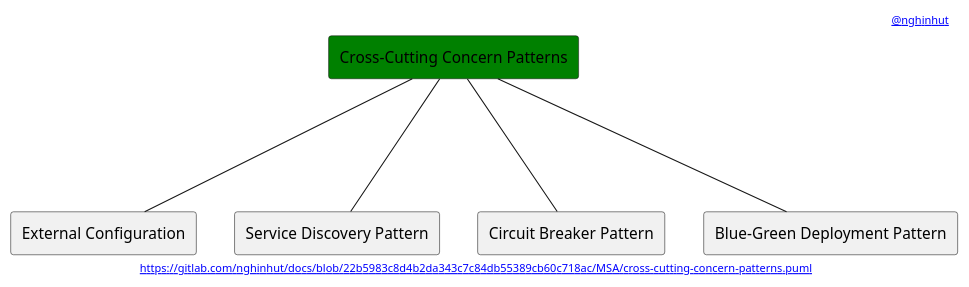
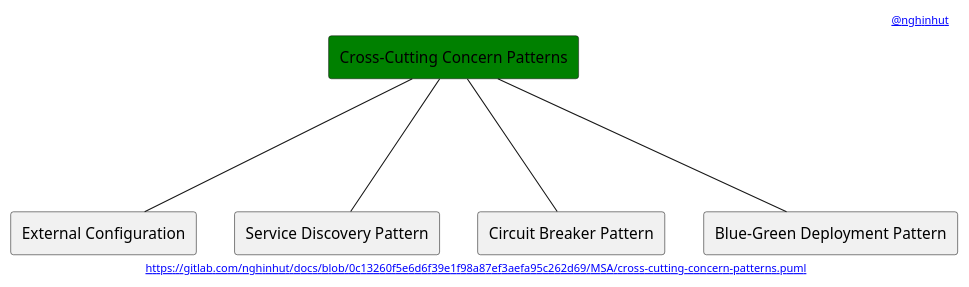
The diagram in MSA/cross-cutting-concern-patterns.puml (nghinhut/docs), drawn with PlantUML before and after one commit. The commit also changed 47 other files, not shown here.

```diff
--- a/MSA/cross-cutting-concern-patterns.puml
+++ b/MSA/cross-cutting-concern-patterns.puml
@@ -1,18 +1,18 @@
 @startuml
 '-----START auto generated metadata please keep comment here to allow auto update-----
 '-----DON'T EDIT THIS SECTION, INSTEAD RE-RUN prebuild.sh TO UPDATE-----
-header [[https://www.nghinhut.dev?from=http%5C%3A%5C%2F%5C%2Fwww%5C.plantuml%5C.com%5C%2Fplantuml%5C%2Fproxy%3Ffmt%3Dsvg%5C%26src%3Dhttps%5C%3A%5C%2F%5C%2Fgitlab%5C.com%5C%2Fnghinhut%5C%2Fdocs%5C%2Fraw%5C%2F22b5983c8d4b2da343c7c84db55389cb60c718ac%5C%2FMSA%5C%2Fcross-cutting-concern-patterns%5C.puml%0A @nghinhut]]
-footer [[http://www.plantuml.com/plantuml/proxy?fmt=svg&src=https://gitlab.com/nghinhut/docs/raw/22b5983c8d4b2da343c7c84db55389cb60c718ac/MSA/cross-cutting-concern-patterns.puml https://gitlab.com/nghinhut/docs/blob/22b5983c8d4b2da343c7c84db55389cb60c718ac/MSA/cross-cutting-concern-patterns.puml]]
+header [[https://www.nghinhut.dev?from=http%5C%3A%5C%2F%5C%2Fwww%5C.plantuml%5C.com%5C%2Fplantuml%5C%2Fproxy%3Ffmt%3Dsvg%5C%26src%3Dhttps%5C%3A%5C%2F%5C%2Fgitlab%5C.com%5C%2Fnghinhut%5C%2Fdocs%5C%2Fraw%5C%2F0c13260f5e6d6f39e1f98a87ef3aefa95c262d69%5C%2FMSA%5C%2Fcross-cutting-concern-patterns%5C.puml%0A @nghinhut]]
+footer [[http://www.plantuml.com/plantuml/proxy?fmt=svg&src=https://gitlab.com/nghinhut/docs/raw/0c13260f5e6d6f39e1f98a87ef3aefa95c262d69/MSA/cross-cutting-concern-patterns.puml https://gitlab.com/nghinhut/docs/blob/0c13260f5e6d6f39e1f98a87ef3aefa95c262d69/MSA/cross-cutting-concern-patterns.puml]]
 '-----END auto generated metadata please keep comment here to allow auto update-----
 
 rectangle "Cross-Cutting Concern Patterns" as CrossCuttingConcern #green
 
 rectangle "External Configuration" as CrossCuttingConcernP1
 rectangle "Service Discovery Pattern" as CrossCuttingConcernP2
 rectangle "Circuit Breaker Pattern" as CrossCuttingConcernP3
 rectangle "Blue-Green Deployment Pattern" as CrossCuttingConcernP4
 CrossCuttingConcern --- CrossCuttingConcernP1
 CrossCuttingConcern --- CrossCuttingConcernP2
 CrossCuttingConcern --- CrossCuttingConcernP3
 CrossCuttingConcern --- CrossCuttingConcernP4
 @enduml
```
